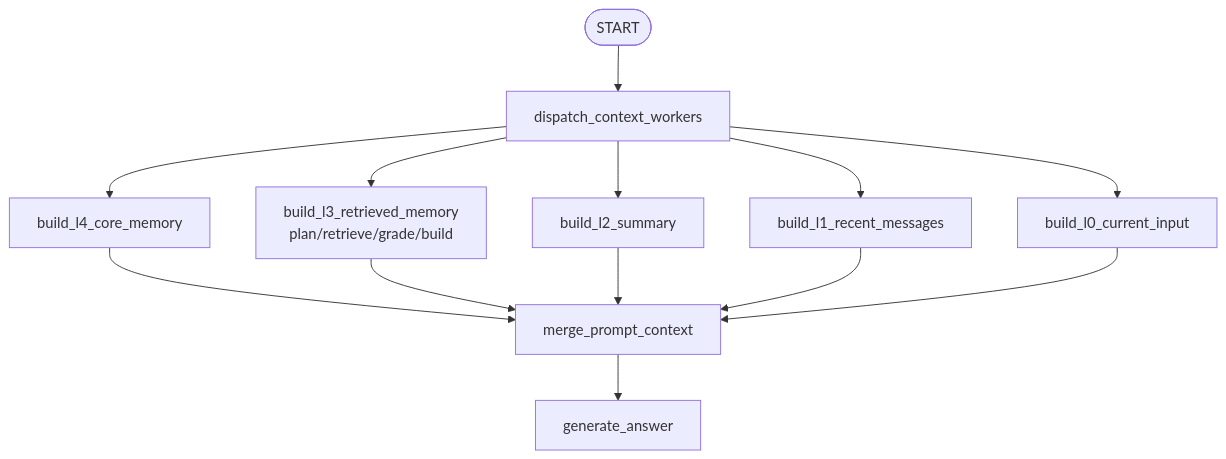
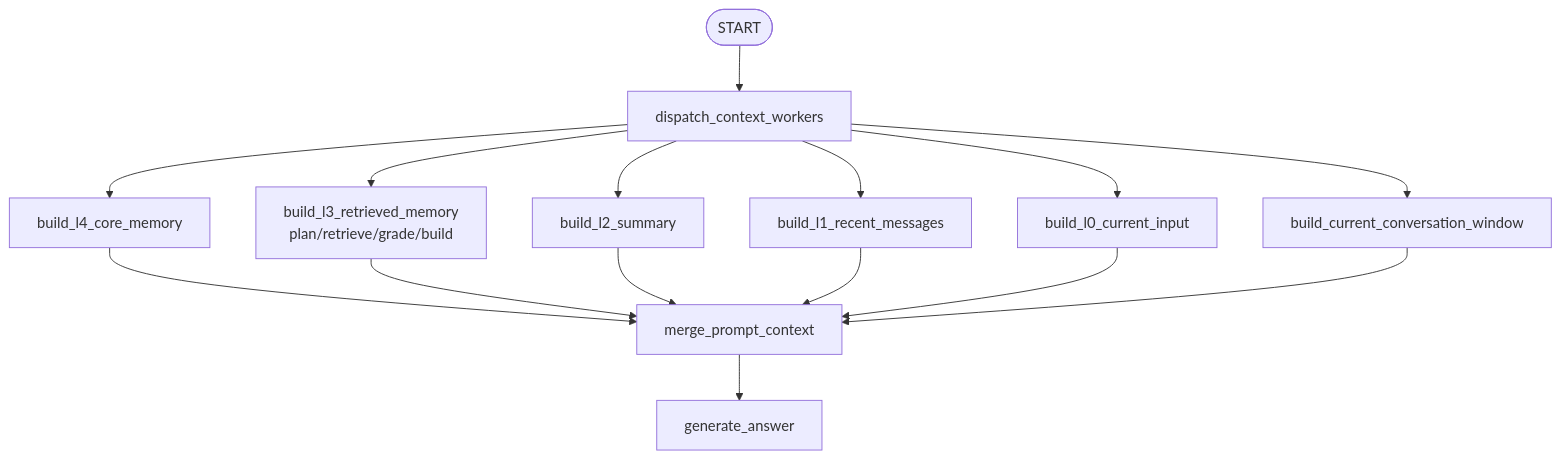
Before and after one commit to LiuJiaxuan1024/AiMemo: the second of 2 diagrams in docs/agent/context-pyramid.md, drawn with Mermaid. The commit also changed other lines of this file and 26 other files, not shown here.

````diff
--- a/docs/agent/context-pyramid.md
+++ b/docs/agent/context-pyramid.md
@@ -78,16 +82,18 @@
 ```mermaid
 flowchart TD
     Start([START]) --> Dispatch[dispatch_context_workers]
     Dispatch --> L4Worker[build_l4_core_memory]
     Dispatch --> L3Worker[build_l3_retrieved_memory<br/>plan/retrieve/grade/build]
     Dispatch --> L2Worker[build_l2_summary]
     Dispatch --> L1Worker[build_l1_recent_messages]
     Dispatch --> L0Worker[build_l0_current_input]
+    Dispatch --> WindowWorker[build_current_conversation_window]
 
     L4Worker --> Merge[merge_prompt_context]
     L3Worker --> Merge
     L2Worker --> Merge
     L1Worker --> Merge
     L0Worker --> Merge
+    WindowWorker --> Merge
     Merge --> Generate[generate_answer]
 ```
````
